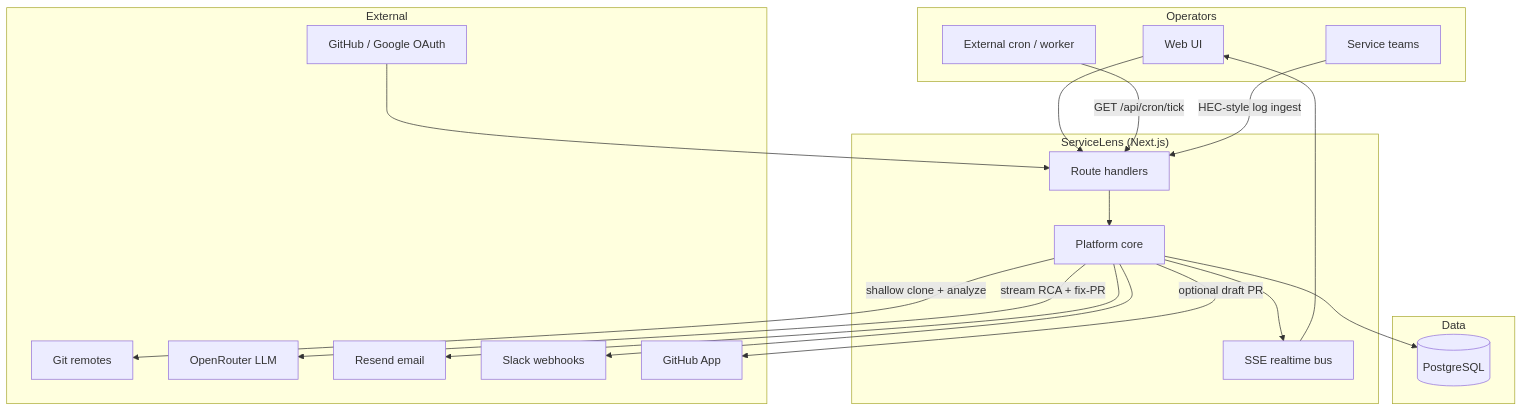
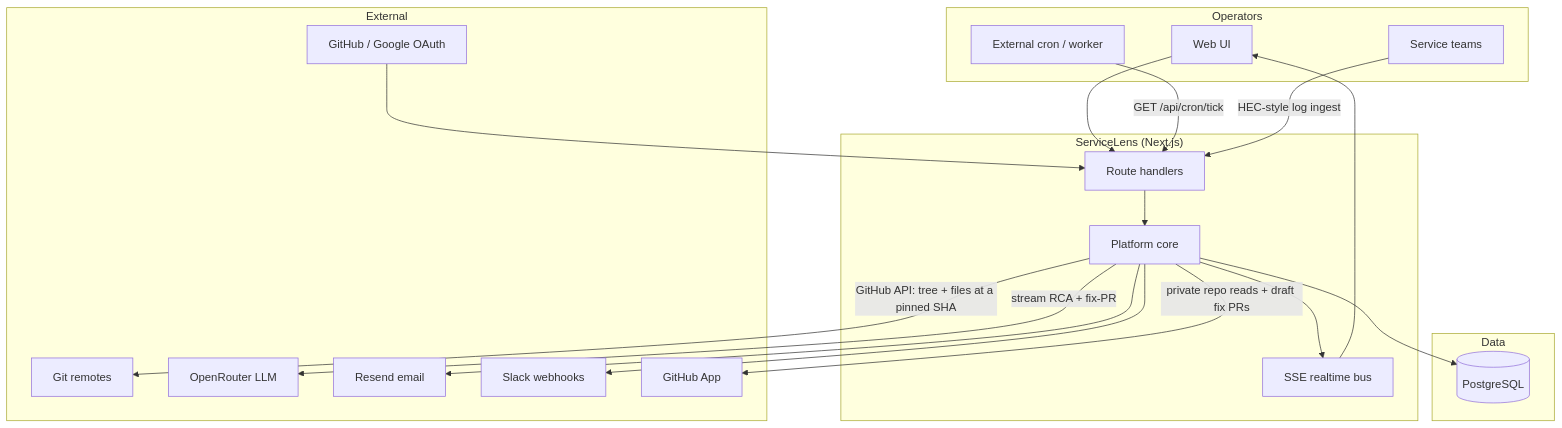
One commit to Abhishek-Mallick/ServiceLens changed the first of 8 diagrams in docs/architecture.md. Above: the diagram before and after it, drawn with Mermaid. The commit also changed other lines of this file and 104 other files, not shown here.

````diff
--- a/docs/architecture.md
+++ b/docs/architecture.md
@@ -11,41 +11,41 @@
 ```mermaid
 flowchart TB
   subgraph Operators
     Browser[Web UI]
     ExtCron[External cron / worker]
     SvcTeams[Service teams]
   end
 
   subgraph ServiceLens["ServiceLens (Next.js)"]
     API[Route handlers]
     Core[Platform core]
     SSE[SSE realtime bus]
     Browser --> API
     API --> Core
     Core --> SSE
     SSE --> Browser
     ExtCron -->|GET /api/cron/tick| API
   end
 
   subgraph Data
     PG[(PostgreSQL)]
     Core --> PG
   end
 
   subgraph External
     Git[Git remotes]
     OR[OpenRouter LLM]
     Resend[Resend email]
     Slack[Slack webhooks]
     GHApp[GitHub App]
     OAuth[GitHub / Google OAuth]
   end
 
-  Core -->|shallow clone + analyze| Git
+  Core -->|GitHub API: tree + files at a pinned SHA| Git
   Core -->|stream RCA + fix-PR| OR
   Core --> Resend
   Core --> Slack
-  Core -->|optional draft PR| GHApp
+  Core -->|private repo reads + draft fix PRs| GHApp
   OAuth --> API
   SvcTeams -->|HEC-style log ingest| API
 ```
````
